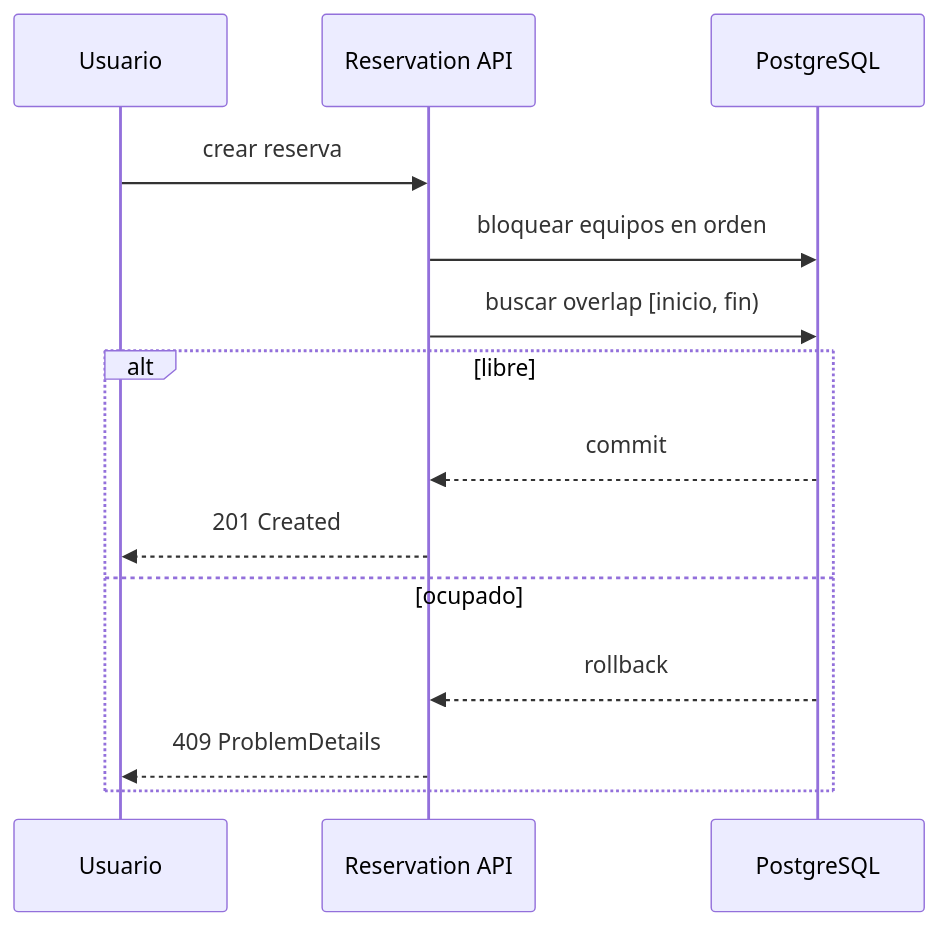
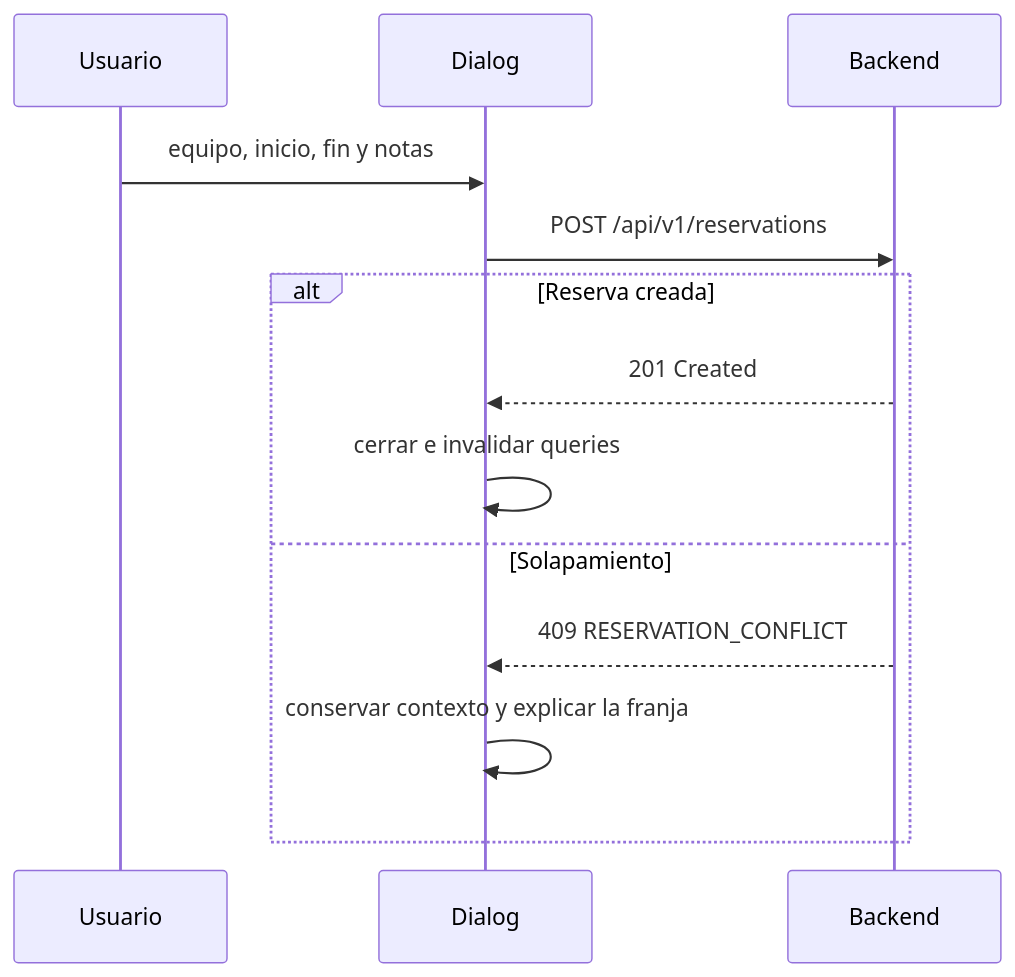
Diagram 14 of 19 in lisource-frontend/README.md (lisudea/technical-test-2026-2), drawn with Mermaid before and after one commit. The commit also changed other lines of this file and 1 other file, not shown here.

````diff
--- a/lisource-frontend/README.md
+++ b/lisource-frontend/README.md
@@ -964,16 +747,15 @@
 ```mermaid
 sequenceDiagram
   participant U as Usuario
-  participant API as Reservation API
-  participant DB as PostgreSQL
-  U->>API: crear reserva
-  API->>DB: bloquear equipos en orden
-  API->>DB: buscar overlap [inicio, fin)
-  alt libre
-    DB-->>API: commit
-    API-->>U: 201 Created
-  else ocupado
-    DB-->>API: rollback
-    API-->>U: 409 ProblemDetails
+  participant D as Dialog
+  participant API as Backend
+  U->>D: equipo, inicio, fin y notas
+  D->>API: POST /api/v1/reservations
+  alt Reserva creada
+    API-->>D: 201 Created
+    D->>D: cerrar e invalidar queries
+  else Solapamiento
+    API-->>D: 409 RESERVATION_CONFLICT
+    D->>D: conservar contexto y explicar la franja
   end
 ```
````
